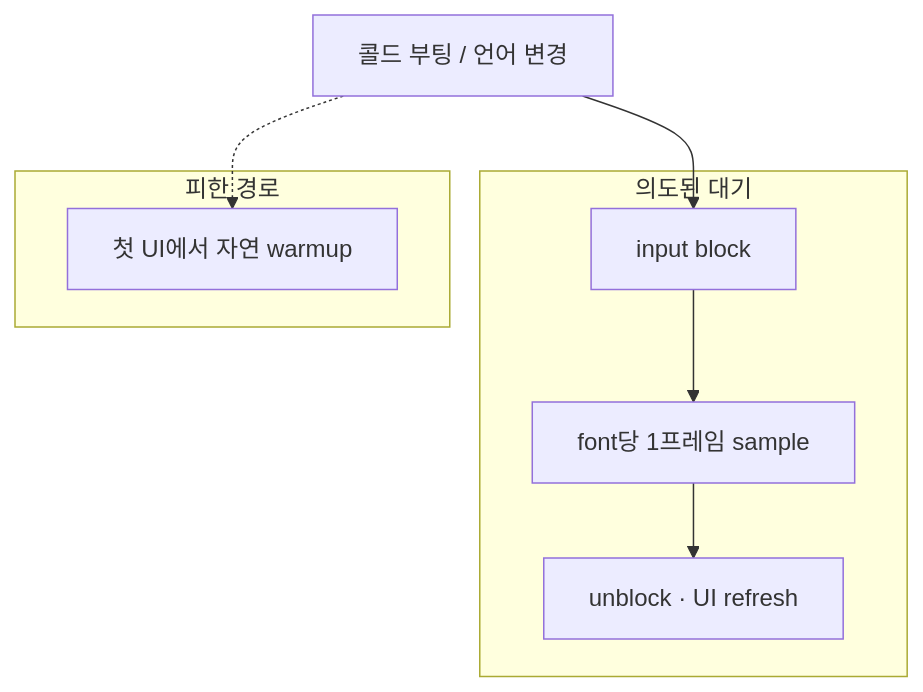
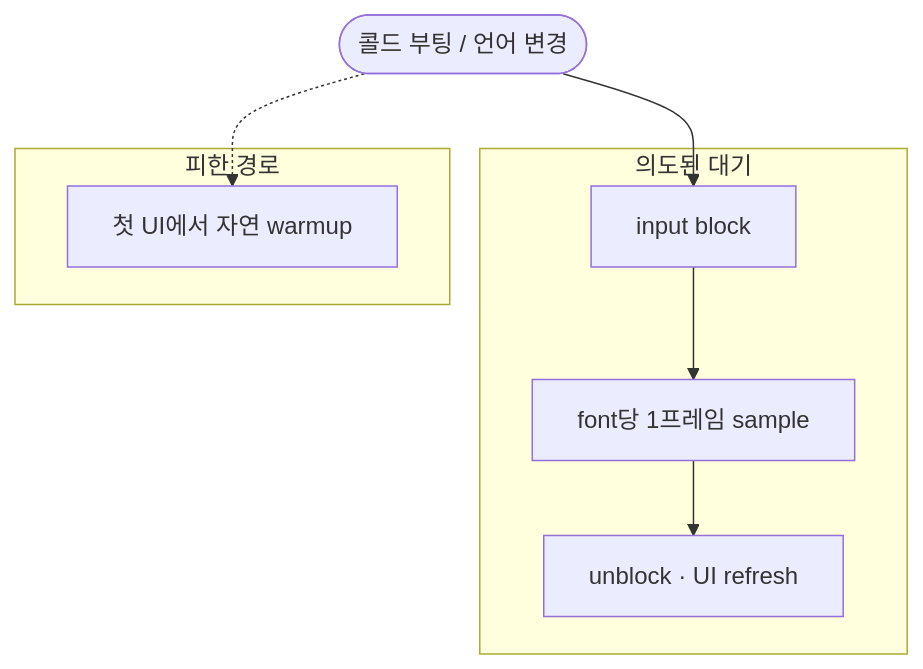
Before and after one commit to monet5379/monet5379.github.io: the diagram in notes/tmp-font-warmup.md, drawn with Mermaid. The commit also changed 4 other files, not shown here.

Commit message:
fix(notes): 엔진·문제해결 Mermaid visual · excel-json 캡션

````diff
--- a/notes/tmp-font-warmup.md
+++ b/notes/tmp-font-warmup.md
@@ -65,14 +65,15 @@
 ```mermaid
 flowchart TD
-  T["콜드 부팅 / 언어 변경"] --> B
+  T(["콜드 부팅 / 언어 변경"])
+  T --> B
   T -.-> N
 
   subgraph WAIT["의도된 대기"]
     B["input block"] --> S["font당 1프레임 sample"]
     S --> U["unblock · UI refresh"]
   end
 
   subgraph AVOID["피한 경로"]
     N["첫 UI에서 자연 warmup"]
   end
 ```
````
